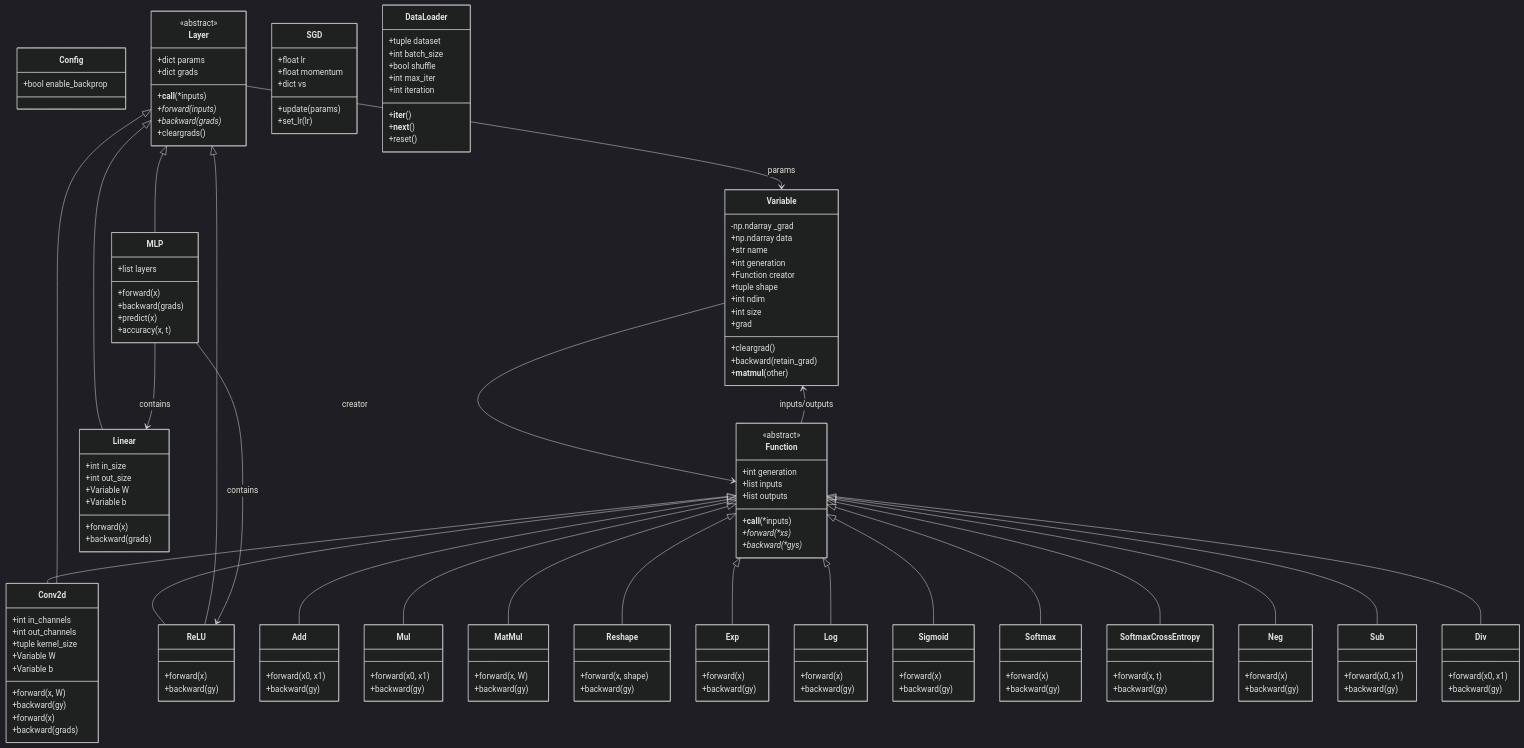
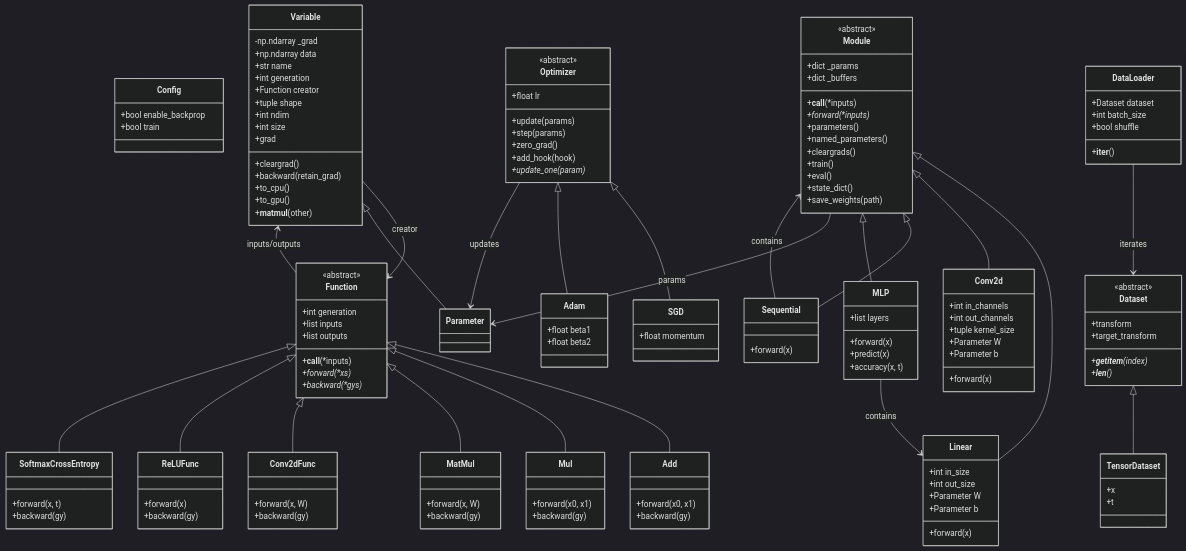
Before and after one commit to KHUSHI0809/DPTiny: the diagram in README.md, drawn with Mermaid (dark theme). The commit also changed other lines of this file and 22 other files, not shown here.

Commit message:
Refactor the code to improve the architecture.

````diff
--- a/README.md
+++ b/README.md
@@ -86,6 +156,7 @@
 classDiagram
     class Config {
         +bool enable_backprop
+        +bool train
     }
 
     class Variable {
@@ -100,7 +171,12 @@
         +grad
         +cleargrad()
         +backward(retain_grad)
+        +to_cpu()
+        +to_gpu()
         +__matmul__(other)
+    }
+
+    class Parameter {
     }
 
     class Function {
@@ -113,14 +189,19 @@
         +backward(*gys)*
     }
 
-    class Layer {
+    class Module {
         <<abstract>>
-        +dict params
-        +dict grads
+        +dict _params
+        +dict _buffers
         +__call__(*inputs)
-        +forward(inputs)*
-        +backward(grads)*
+        +forward(*inputs)*
+        +parameters()
+        +named_parameters()
         +cleargrads()
+        +train()
+        +eval()
+        +state_dict()
+        +save_weights(path)
     }
 
     class Add {
@@ -138,37 +219,12 @@
         +backward(gy)
     }
 
-    class Conv2d {
+    class Conv2dFunc {
         +forward(x, W)
         +backward(gy)
     }
 
-    class Reshape {
-        +forward(x, shape)
-        +backward(gy)
-    }
-
-    class Exp {
-        +forward(x)
-        +backward(gy)
-    }
-
-    class Log {
-        +forward(x)
-        +backward(gy)
-    }
-
-    class Sigmoid {
-        +forward(x)
-        +backward(gy)
-    }
-
-    class ReLU {
-        +forward(x)
-        +backward(gy)
-    }
-
-    class Softmax {
+    class ReLUFunc {
         +forward(x)
         +backward(gy)
     }
@@ -178,88 +234,92 @@
         +backward(gy)
     }
 
-    class Neg {
-        +forward(x)
-        +backward(gy)
-    }
-
-    class Sub {
-        +forward(x0, x1)
-        +backward(gy)
-    }
-
-    class Div {
-        +forward(x0, x1)
-        +backward(gy)
-    }
-
     class Linear {
         +int in_size
         +int out_size
-        +Variable W
-        +Variable b
+        +Parameter W
+        +Parameter b
         +forward(x)
-        +backward(grads)
     }
 
     class Conv2d {
         +int in_channels
         +int out_channels
         +tuple kernel_size
-        +Variable W
-        +Variable b
+        +Parameter W
+        +Parameter b
         +forward(x)
-        +backward(grads)
+    }
+
+    class Sequential {
+        +forward(x)
     }
 
     class MLP {
         +list layers
         +forward(x)
-        +backward(grads)
         +predict(x)
         +accuracy(x, t)
     }
 
+    class Optimizer {
+        <<abstract>>
+        +float lr
+        +update(params)
+        +step(params)
+        +zero_grad()
+        +add_hook(hook)
+        +update_one(param)*
+    }
+
     class SGD {
-        +float lr
         +float momentum
-        +dict vs
-        +update(params)
-        +set_lr(lr)
+    }
+
+    class Adam {
+        +float beta1
+        +float beta2
+    }
+
+    class Dataset {
+        <<abstract>>
+        +transform
+        +target_transform
+        +__getitem__(index)*
+        +__len__()*
+    }
+
+    class TensorDataset {
+        +x
+        +t
     }
 
     class DataLoader {
-        +tuple dataset
+        +Dataset dataset
         +int batch_size
         +bool shuffle
-        +int max_iter
-        +int iteration
         +__iter__()
-        +__next__()
-        +reset()
     }
 
     Variable --> Function : creator
+    Variable <|-- Parameter
     Function --> Variable : inputs/outputs
     Function <|-- Add
     Function <|-- Mul
     Function <|-- MatMul
-    Function <|-- Conv2d
-    Function <|-- Reshape
-    Function <|-- Exp
-    Function <|-- Log
-    Function <|-- Sigmoid
-    Function <|-- ReLU
-    Function <|-- Softmax
+    Function <|-- Conv2dFunc
+    Function <|-- ReLUFunc
     Function <|-- SoftmaxCrossEntropy
-    Function <|-- Neg
-    Function <|-- Sub
-    Function <|-- Div
-    Layer <|-- Linear
-    Layer <|-- Conv2d
-    Layer <|-- ReLU
-    Layer <|-- MLP
-    Layer --> Variable : params
+    Module <|-- Linear
+    Module <|-- Conv2d
+    Module <|-- Sequential
+    Module <|-- MLP
+    Module --> Parameter : params
+    Sequential --> Module : contains
     MLP --> Linear : contains
-    MLP --> ReLU : contains
+    Optimizer <|-- SGD
+    Optimizer <|-- Adam
+    Optimizer --> Parameter : updates
+    Dataset <|-- TensorDataset
+    DataLoader --> Dataset : iterates
 ```
````
